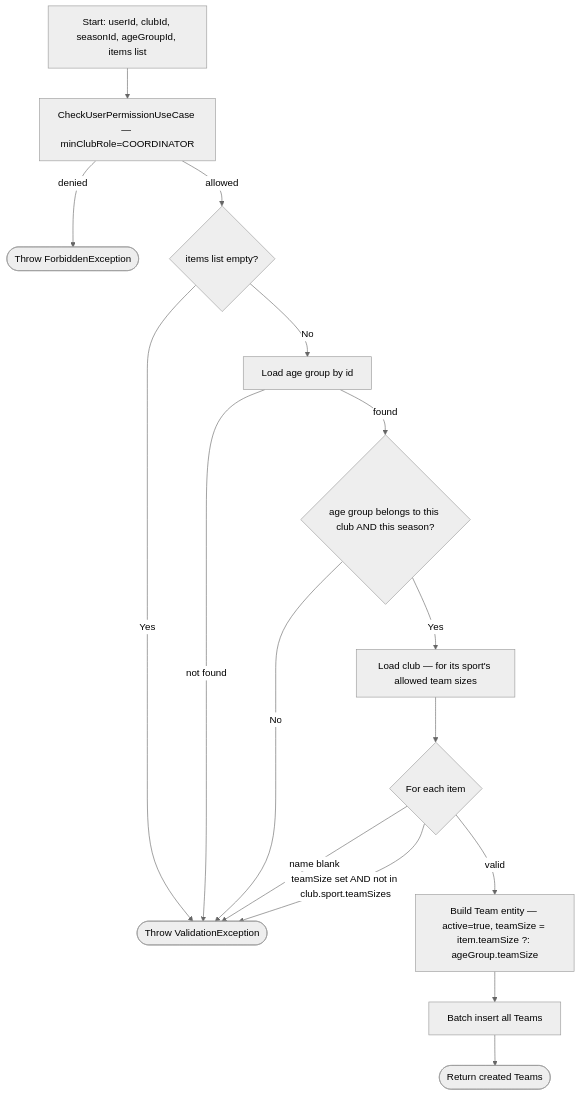
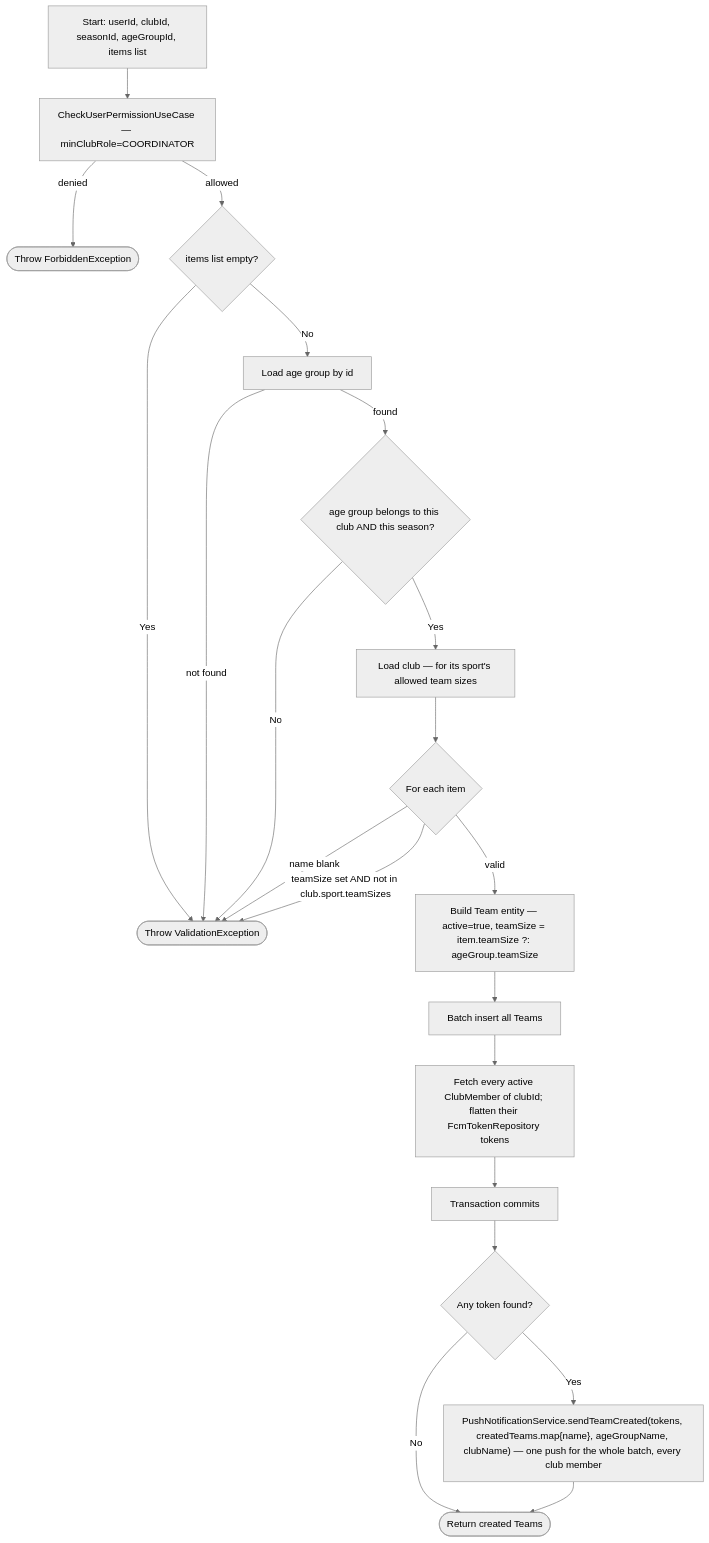
One commit to ricardofrango/squadify changed diagram 23 of 48 in PROCESS_FLOWS.md. Above: the diagram before and after it, drawn with Mermaid (neutral theme). The commit also changed other lines of this file and 10 other files, not shown here.

````diff
--- a/PROCESS_FLOWS.md
+++ b/PROCESS_FLOWS.md
@@ -454,18 +459,23 @@
 ```mermaid
 graph TD
     A[Start: userId, clubId, seasonId, ageGroupId, items list] --> B[CheckUserPermissionUseCase — minClubRole=COORDINATOR]
     B -- denied --> F(["Throw ForbiddenException"])
     B -- allowed --> C{items list empty?}
     C -- Yes --> V(["Throw ValidationException"])
     C -- No --> D[Load age group by id]
     D -- not found --> V
     D -- found --> E{"age group belongs to this club AND this season?"}
     E -- No --> V
     E -- Yes --> E2[Load club — for its sport's allowed team sizes]
     E2 --> G{For each item}
     G -- name blank --> V
     G -- teamSize set AND not in club.sport.teamSizes --> V
     G -- valid --> H["Build Team entity — active=true, teamSize = item.teamSize ?: ageGroup.teamSize"]
     H --> I[Batch insert all Teams]
-    I --> Z(["Return created Teams"])
+    I --> J["Fetch every active ClubMember of clubId; flatten their FcmTokenRepository tokens"]
+    J --> K["Transaction commits"]
+    K --> L{"Any token found?"}
+    L -- Yes --> M["PushNotificationService.sendTeamCreated(tokens, createdTeams.map{name}, ageGroupName, clubName) — one push for the whole batch, every club member"]
+    L -- No --> Z
+    M --> Z(["Return created Teams"])
 ```
````
